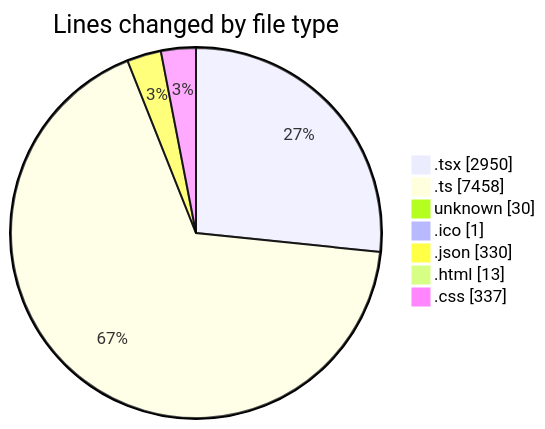
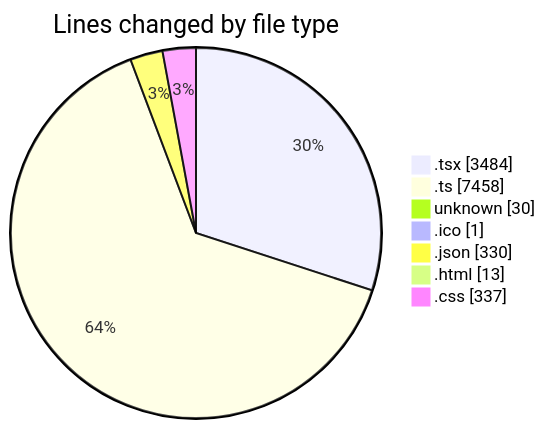
One commit to JenPaints/code-tracking changed the first of 2 diagrams in 2025-06-20/modeljsondesigner/README.md. Above: the diagram before and after it, drawn with Mermaid. The commit also changed other lines of this file and 1 other file, not shown here.

````diff
--- a/2025-06-20/modeljsondesigner/README.md
+++ b/2025-06-20/modeljsondesigner/README.md
@@ -37,11 +41,11 @@
 ```mermaid
 pie showData
 title Lines changed by file type
-".tsx" : 2950
+".tsx" : 3484
 ".ts" : 7458
 "unknown" : 30
 ".ico" : 1
 ".json" : 330
 ".html" : 13
 ".css" : 337
 ```
````
